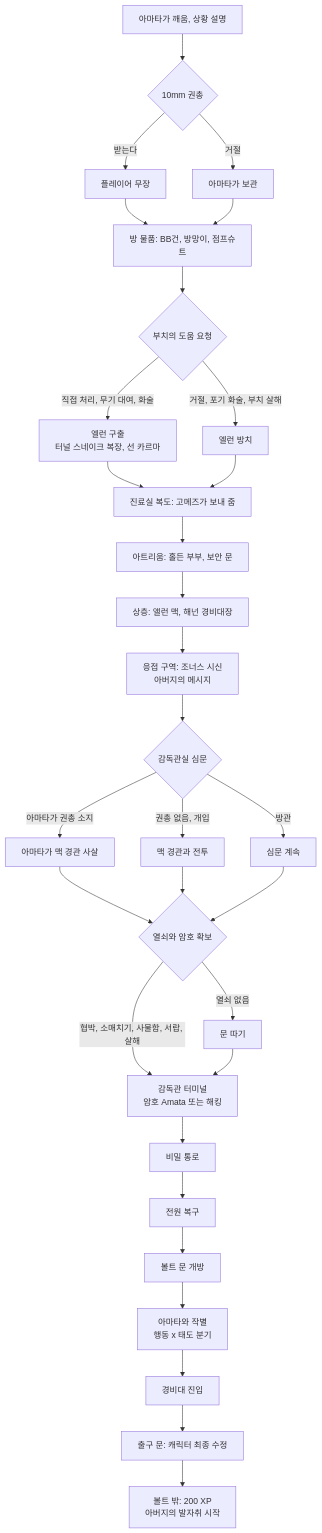
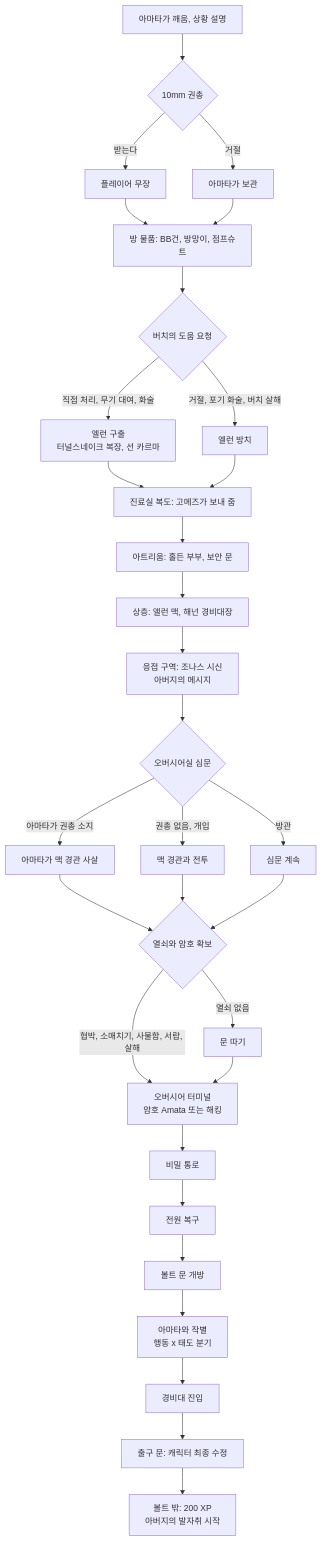
One commit to forsurvive/003 changed the sixth of 7 diagrams in docs/reverse-design/03_main-story-part1.md. Above: the diagram before and after it, drawn with Mermaid. The commit also changed other lines of this file and 17 other files, not shown here.

````diff
--- a/docs/reverse-design/03_main-story-part1.md
+++ b/docs/reverse-design/03_main-story-part1.md
@@ -1194,33 +1195,33 @@
 ```mermaid
 flowchart TD
     A["아마타가 깨움, 상황 설명"] --> P{"10mm 권총"}
     P -->|"받는다"| P1["플레이어 무장"]
     P -->|"거절"| P2["아마타가 보관"]
     P1 --> R["방 물품: BB건, 방망이, 점프슈트"]
     P2 --> R
-    R --> B{"부치의 도움 요청"}
-    B -->|"직접 처리, 무기 대여, 화술"| B1["엘런 구출<br/>터널 스네이크 복장, 선 카르마"]
-    B -->|"거절, 포기 화술, 부치 살해"| B2["엘런 방치"]
+    R --> B{"버치의 도움 요청"}
+    B -->|"직접 처리, 무기 대여, 화술"| B1["엘런 구출<br/>터널스네이크 복장, 선 카르마"]
+    B -->|"거절, 포기 화술, 버치 살해"| B2["엘런 방치"]
     B1 --> G["진료실 복도: 고메즈가 보내 줌"]
     B2 --> G
     G --> AT["아트리움: 홀든 부부, 보안 문"]
     AT --> UP["상층: 앨런 맥, 해넌 경비대장"]
-    UP --> J["응접 구역: 조너스 시신<br/>아버지의 메시지"]
-    J --> I{"감독관실 심문"}
+    UP --> J["응접 구역: 조나스 시신<br/>아버지의 메시지"]
+    J --> I{"오버시어실 심문"}
     I -->|"아마타가 권총 소지"| I1["아마타가 맥 경관 사살"]
     I -->|"권총 없음, 개입"| I2["맥 경관과 전투"]
     I -->|"방관"| I3["심문 계속"]
     I1 --> O{"열쇠와 암호 확보"}
     I2 --> O
     I3 --> O
-    O -->|"협박, 소매치기, 사물함, 서랍, 살해"| T["감독관 터미널<br/>암호 Amata 또는 해킹"]
+    O -->|"협박, 소매치기, 사물함, 서랍, 살해"| T["오버시어 터미널<br/>암호 Amata 또는 해킹"]
     O -->|"열쇠 없음"| LP["문 따기"]
     LP --> T
     T --> TUN["비밀 통로"]
     TUN --> PW["전원 복구"]
     PW --> DOOR["볼트 문 개방"]
     DOOR --> BYE["아마타와 작별<br/>행동 x 태도 분기"]
     BYE --> GUARD["경비대 진입"]
     GUARD --> EDIT["출구 문: 캐릭터 최종 수정"]
     EDIT --> OUT["볼트 밖: 200 XP<br/>아버지의 발자취 시작"]
 ```
````
